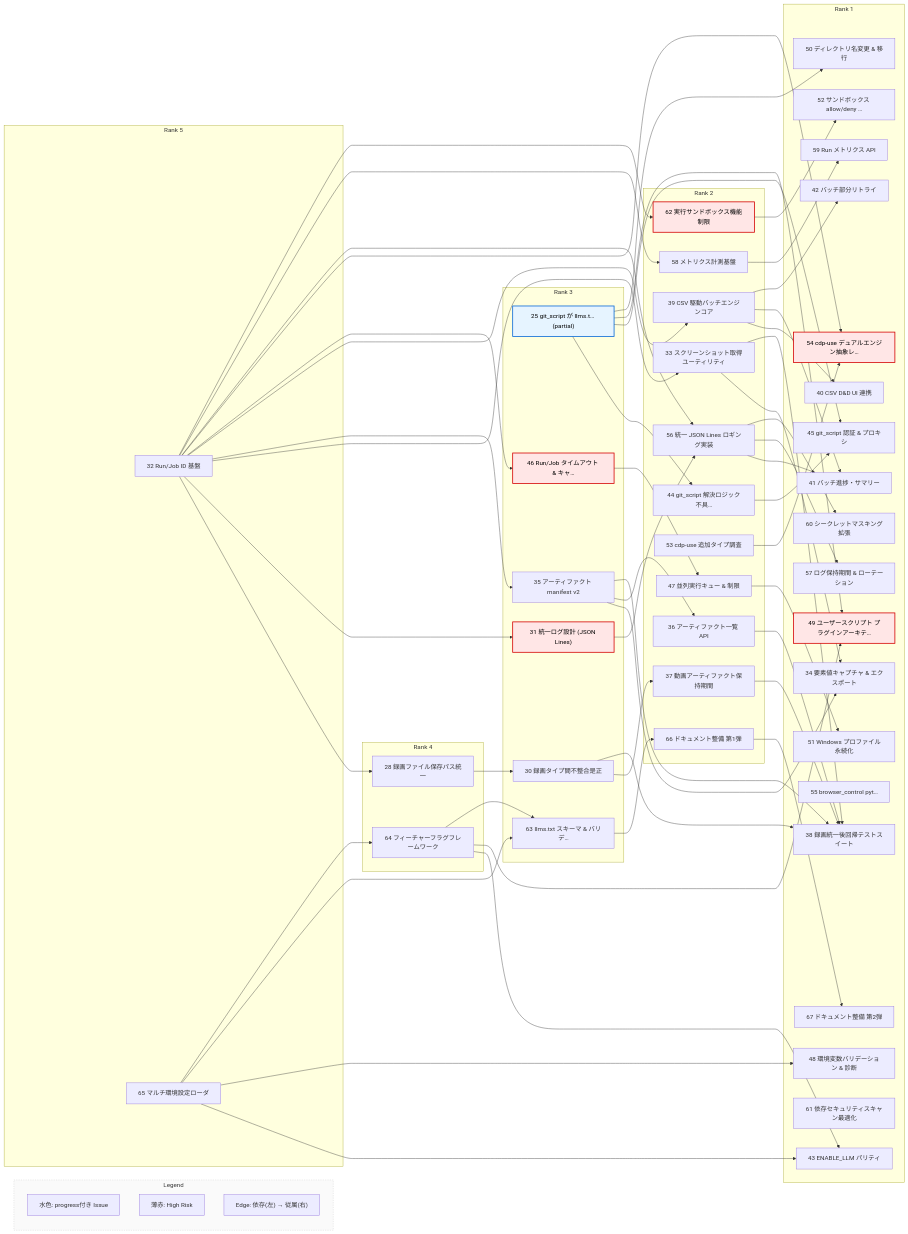
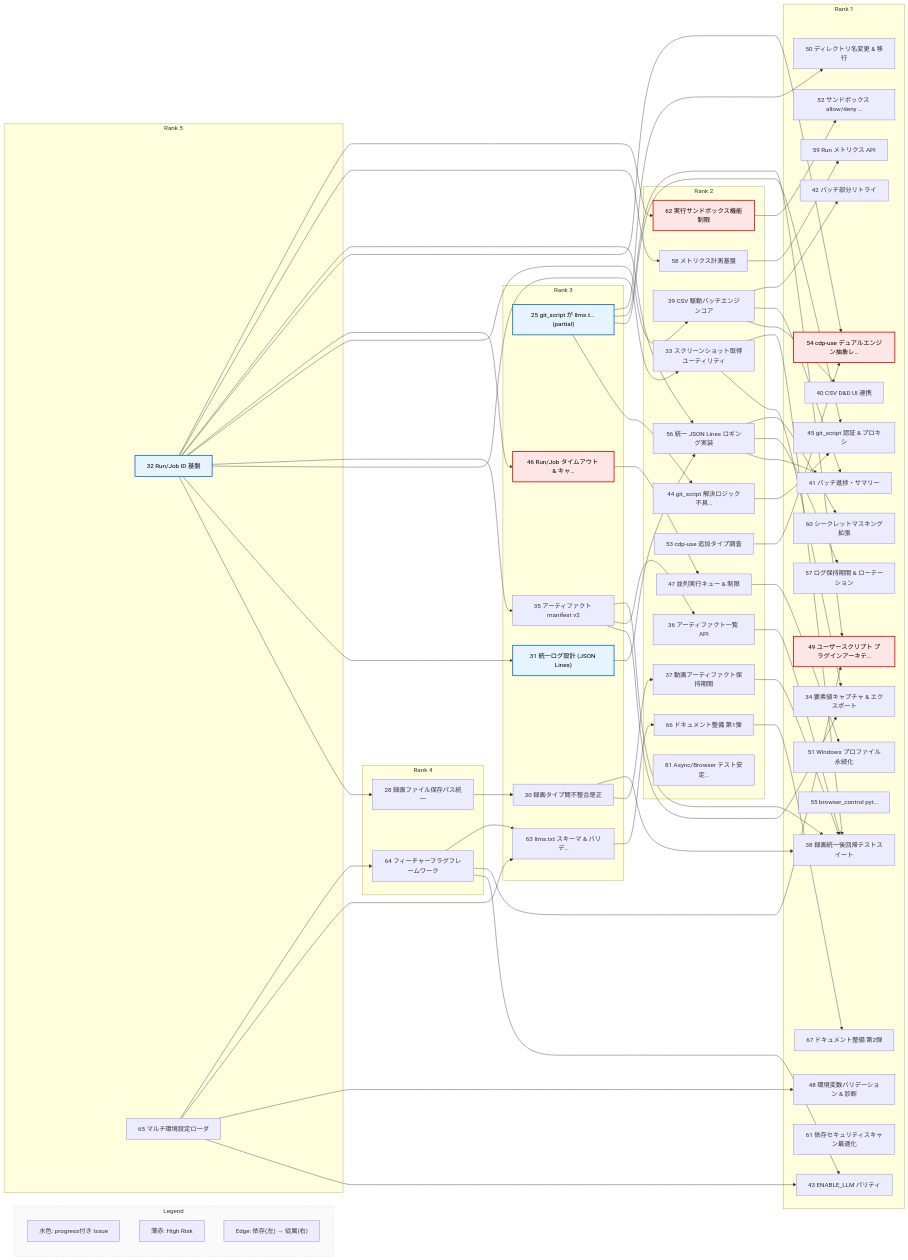
One commit to Nobukins/2bykilt changed the diagram in docs/roadmap/DEPENDENCY_GRAPH.md. Above: the diagram before and after it, drawn with Mermaid. The commit also changed 4 other files, not shown here.

````diff
--- a/docs/roadmap/DEPENDENCY_GRAPH.md
+++ b/docs/roadmap/DEPENDENCY_GRAPH.md
@@ -1,6 +1,6 @@
 ```mermaid
 %% Auto-generated dependency graph
-%% Generated at: 2025-08-26T13:24:50.197414Z
+%% Generated at: 2025-08-30T23:34:38.774253Z
 %% Edge方向: dependency --> dependent
 graph LR
 
@@ -32,6 +32,7 @@
   58["58 メトリクス計測基盤"]
   62["62 実行サンドボックス機能制限"]
   66["66 ドキュメント整備 第1弾"]
+  81["81 Async/Browser テスト安定…"]
 end
 subgraph R1[Rank 1]
   34["34 要素値キャプチャ & エクスポート"]
@@ -109,7 +110,7 @@
 
 %% Class assignments
 class 31,46,49,54,62 highrisk;
-class 25 progress;
+class 25,31,32 progress;
 
 %% Legend (pseudo nodes)
 subgraph Legend[Legend]
````
